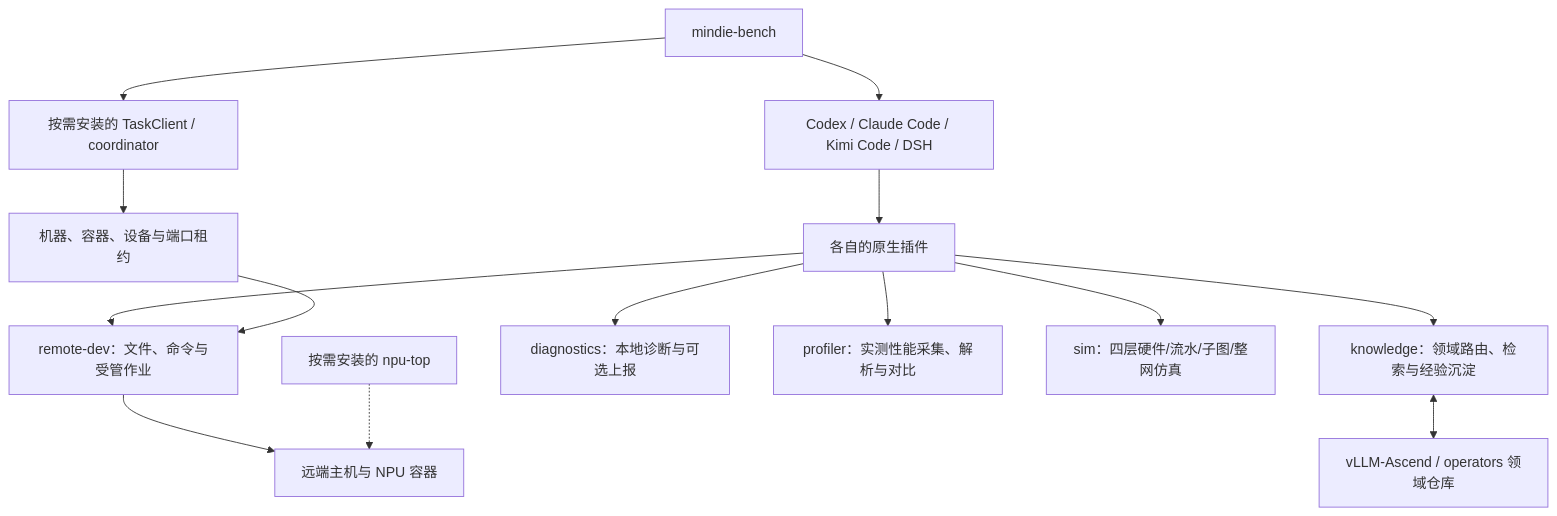
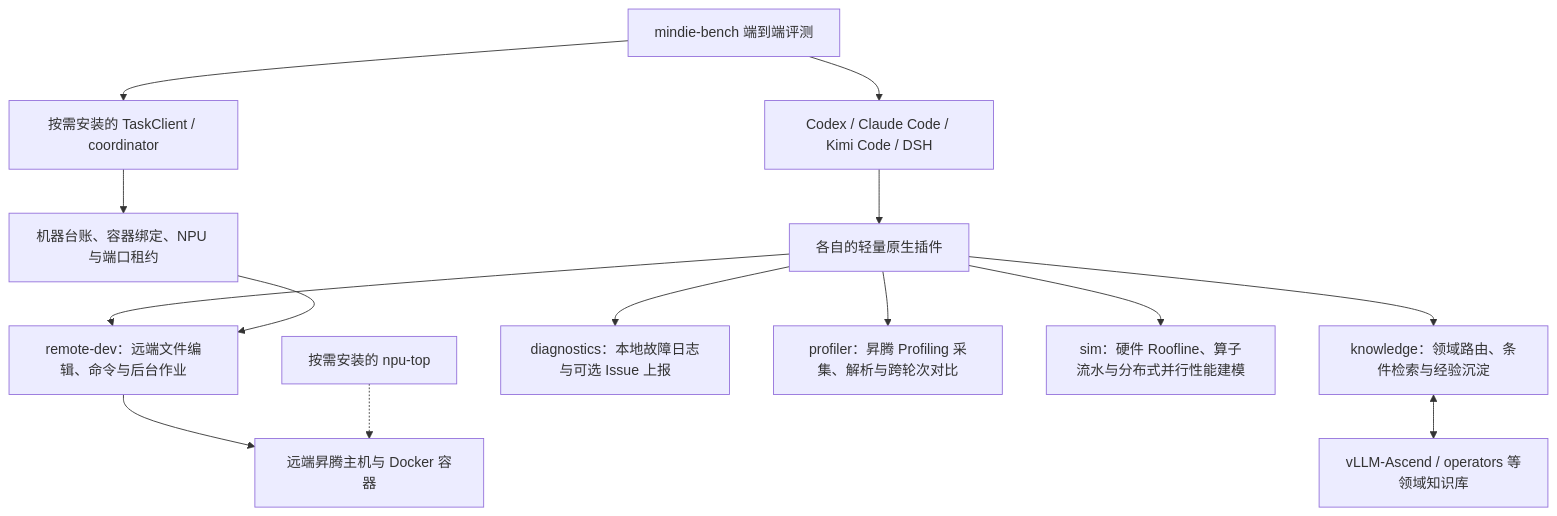
One commit to grandolantow/mindie-agent changed the diagram in docs/architecture.md. Above: the diagram before and after it, drawn with Mermaid. The commit also changed other lines of this file and 17 other files, not shown here.

Commit message:
docs(rsi): integrate AMD-AGI/GEAK and Apple ml-rsi-inference-bench RSI safeguards and architecture alignment

````diff
--- a/docs/architecture.md
+++ b/docs/architecture.md
@@ -11,16 +11,16 @@
 ```mermaid
 flowchart TB
-    H["Codex / Claude Code / Kimi Code / DSH"] --> P["各自的原生插件"]
-    P --> K["knowledge：领域路由、检索与经验沉淀"]
-    P --> R["remote-dev：文件、命令与受管作业"]
-    P --> D["diagnostics：本地诊断与可选上报"]
-    P --> PR["profiler：实测性能采集、解析与对比"]
-    P --> S["sim：四层硬件/流水/子图/整网仿真"]
-    K <--> F["vLLM-Ascend / operators 领域仓库"]
-    T["按需安装的 TaskClient / coordinator"] --> Q["机器、容器、设备与端口租约"]
+    H["Codex / Claude Code / Kimi Code / DSH"] --> P["各自的轻量原生插件"]
+    P --> K["knowledge：领域路由、条件检索与经验沉淀"]
+    P --> R["remote-dev：远端文件编辑、命令与后台作业"]
+    P --> D["diagnostics：本地故障日志与可选 Issue 上报"]
+    P --> PR["profiler：昇腾 Profiling 采集、解析与跨轮次对比"]
+    P --> S["sim：硬件 Roofline、算子流水与分布式并行性能建模"]
+    K <--> F["vLLM-Ascend / operators 等领域知识库"]
+    T["按需安装的 TaskClient / coordinator"] --> Q["机器台账、容器绑定、NPU 与端口租约"]
     Q --> R
-    R --> N["远端主机与 NPU 容器"]
+    R --> N["远端昇腾主机与 Docker 容器"]
     M["按需安装的 npu-top"] -.-> N
-    B["mindie-bench"] --> T
+    B["mindie-bench 端到端评测"] --> T
     B --> H
 ```
````
